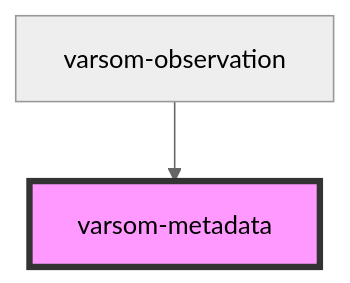
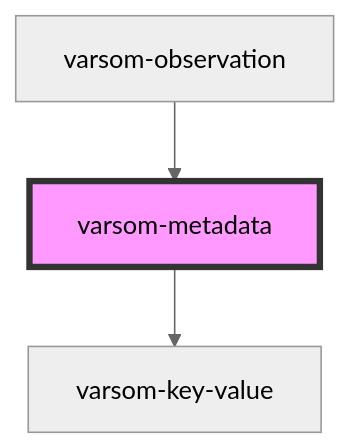
Before and after one commit to NVE/varsom-observation: the diagram in observasjonskort/src/components/varsom-metadata/readme.md, drawn with Mermaid (neutral theme). The commit also changed other lines of this file and 10 other files, not shown here.

````diff
--- a/observasjonskort/src/components/varsom-metadata/readme.md
+++ b/observasjonskort/src/components/varsom-metadata/readme.md
@@ -29,5 +33,6 @@
 ```mermaid
 graph TD;
+  varsom-metadata --> varsom-key-value
   varsom-observation --> varsom-metadata
   style varsom-metadata fill:#f9f,stroke:#333,stroke-width:4px
 ```
````
